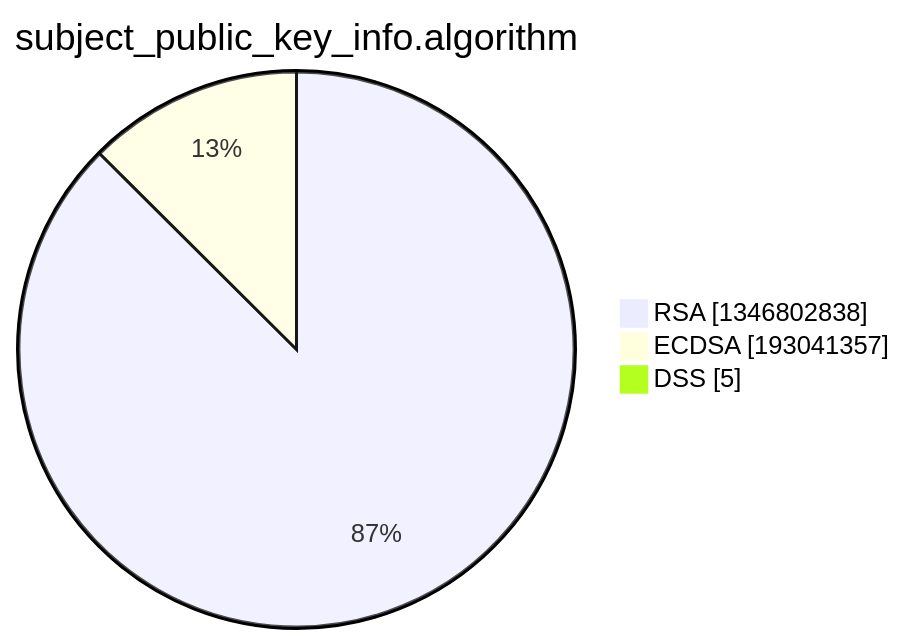
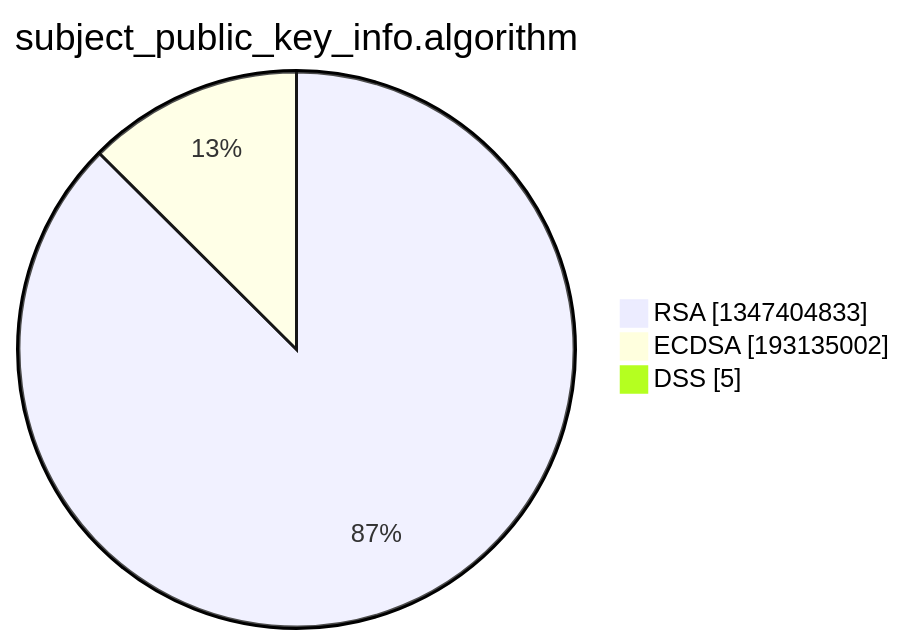
One commit to christiankrug/ctmonitor_visualization changed the third of 15 diagrams in xenon2022/README.md. Above: the diagram before and after it, drawn with Mermaid. The commit also changed other lines of this file, not shown here.

````diff
--- a/xenon2022/README.md
+++ b/xenon2022/README.md
@@ -14,7 +14,7 @@
 ```mermaid
 pie showData
 title subject_public_key_info.algorithm
-"RSA" :1346802838
-"ECDSA" :193041357
+"RSA" :1347404833
+"ECDSA" :193135002
 "DSS" :5
 ```
````
